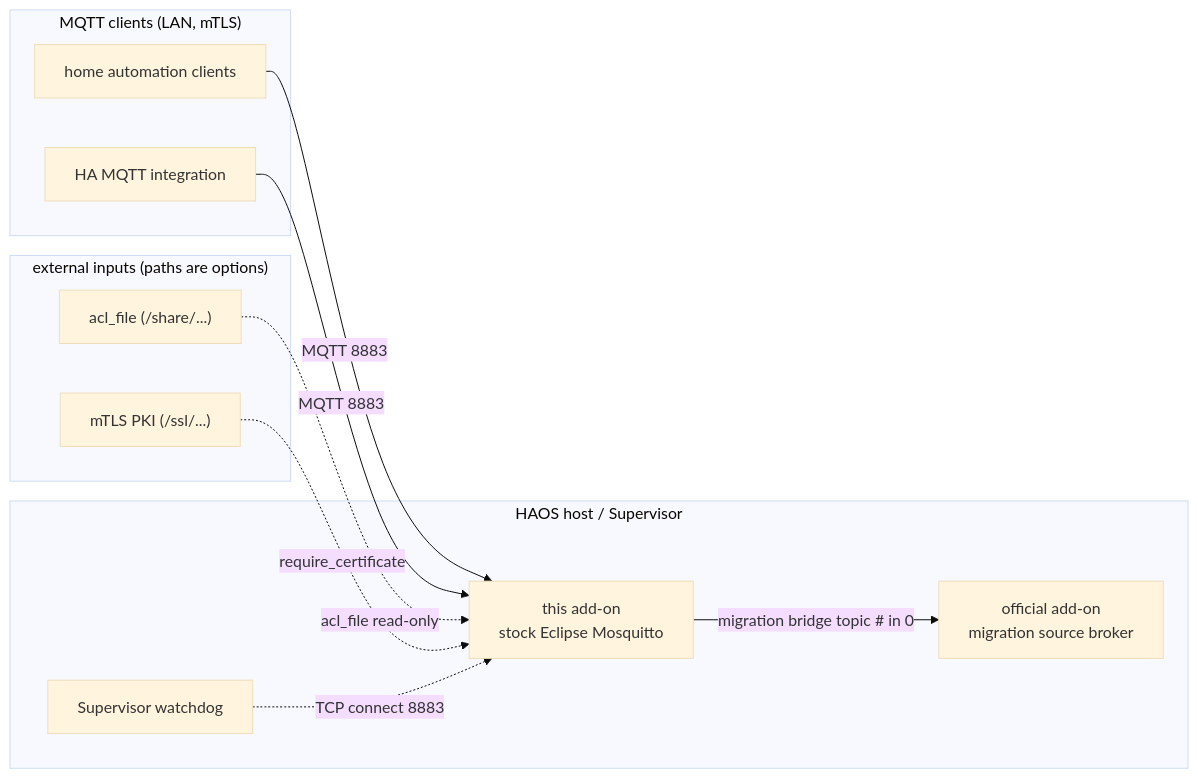
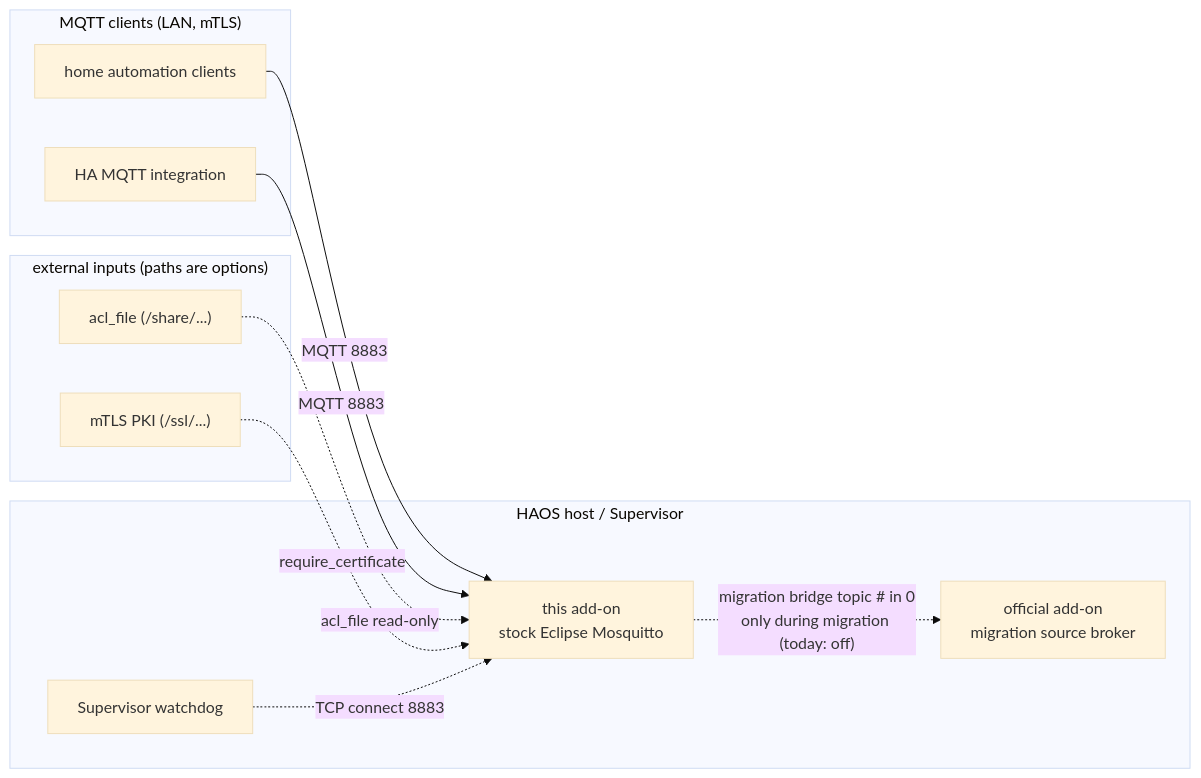
One commit to BortDeveloper/addon-mosquitto-standalone changed the diagram in README.md. Above: the diagram before and after it, drawn with Mermaid (base theme). The commit also changed 1 other file, not shown here.

Commit message:
docs: align EN/DE README pair — dashed migration-bridge edge, DE status section
Doc sweep 2026-08-16. Both language versions are two cuts of the same
document; this commit brings them back in line.

Mermaid topology (README.md, README.de.md): the edge from the add-on to
the old broker was drawn solid and without any time reference, which
suggests a standing migration bridge. Since v1.0.4 migration_bridge is
fail-safe false as shipped, so the edge is now dashed and labelled
"only during migration (today: off)" / "nur waehrend Migration (heute:
aus)" in the respective language.

README.de.md: adds the "Status" section the English version has carried
since the audience-structure rework (production state verified on HAOS,
least-privilege login for the HA MQTT integration, hardening steps
v1.0.2 through v1.0.5). Section headings now match one to one: 6 in each
file, same order.

No leak review findings: gitleaks (history + worktree) reports no leaks,
and the new lines carry no host names, logins, port assignments or
internal register identifiers.

Claude-Session: https://claude.ai/code/session_019KTd8o1KiTCnWxH6ojNN75

````diff
--- a/README.md
+++ b/README.md
@@ -74,25 +74,25 @@
 ```mermaid
 flowchart LR
     subgraph clients["MQTT clients (LAN, mTLS)"]
         c1["home automation clients"]
         haint["HA MQTT integration"]
     end
 
     subgraph haos["HAOS host / Supervisor"]
         addon["this add-on<br/>stock Eclipse Mosquitto"]
         watchdog["Supervisor watchdog"]
         official["official add-on<br/>migration source broker"]
     end
 
     subgraph ext["external inputs (paths are options)"]
         acl["acl_file (/share/...)"]
         pki["mTLS PKI (/ssl/...)"]
     end
 
     c1 -->|"MQTT 8883"| addon
     haint -->|"MQTT 8883"| addon
     acl -.->|"acl_file read-only"| addon
     pki -.->|"require_certificate"| addon
     watchdog -.->|"TCP connect 8883"| addon
-    addon -->|"migration bridge topic # in 0"| official
+    addon -.->|"migration bridge topic # in 0<br/>only during migration (today: off)"| official
 ```
````
